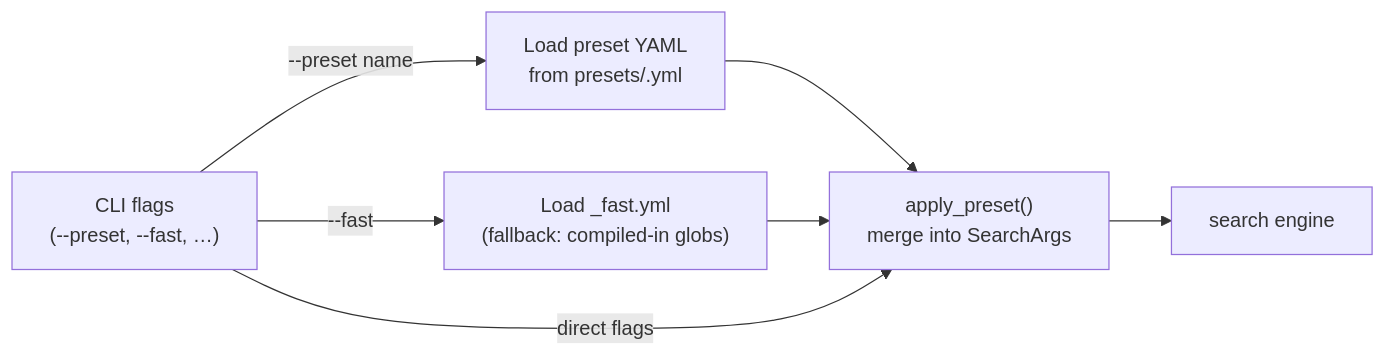
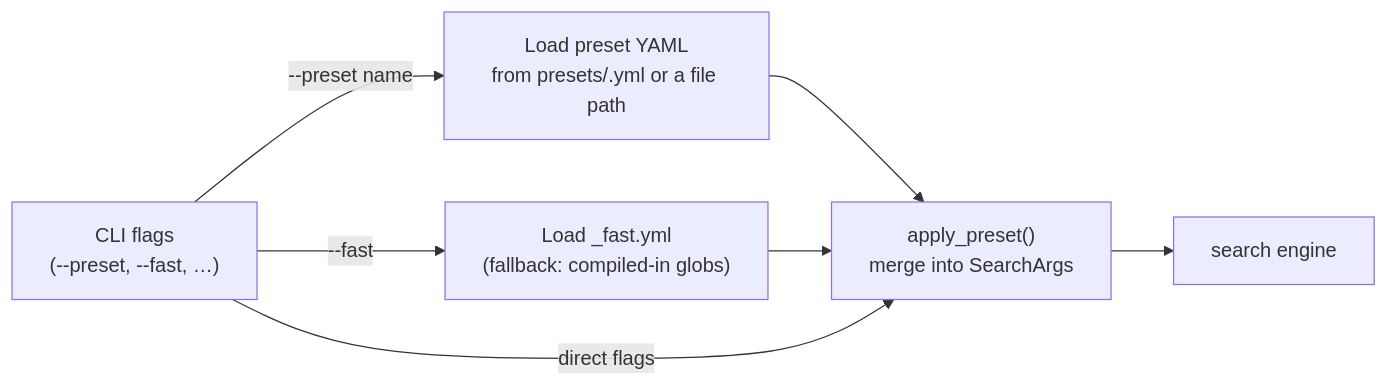
Before and after one commit to Ben0x0a/mf-scan: the diagram in docs/presets.md, drawn with Mermaid. The commit also changed other lines of this file and 14 other files, not shown here.

````diff
--- a/docs/presets.md
+++ b/docs/presets.md
@@ -122,12 +139,12 @@
 ```mermaid
 flowchart LR
     CLI["CLI flags\n(--preset, --fast, …)"]
-    LOAD["Load preset YAML\nfrom presets/<name>.yml"]
+    LOAD["Load preset YAML\nfrom presets/<name>.yml or a file path"]
     APPLY["apply_preset()\nmerge into SearchArgs"]
     RUN["search engine"]
 
     CLI -->|"--preset name"| LOAD --> APPLY --> RUN
     CLI -->|"--fast"| LOAD2["Load _fast.yml\n(fallback: compiled-in globs)"]
     LOAD2 --> APPLY
     CLI -->|"direct flags"| APPLY
 ```
````
